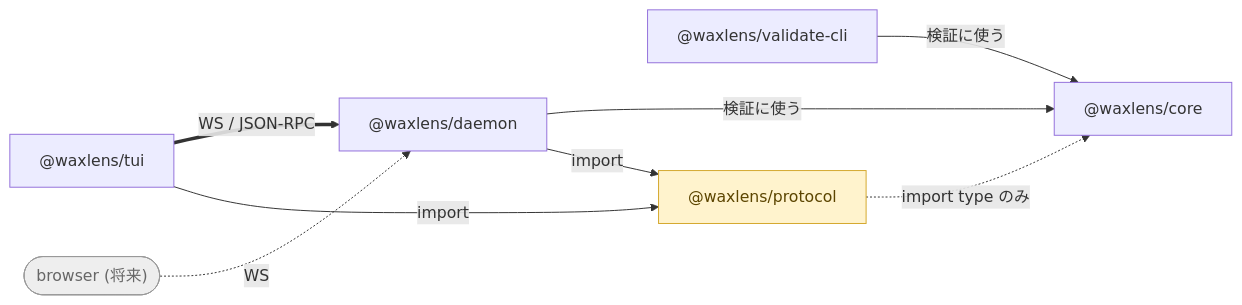
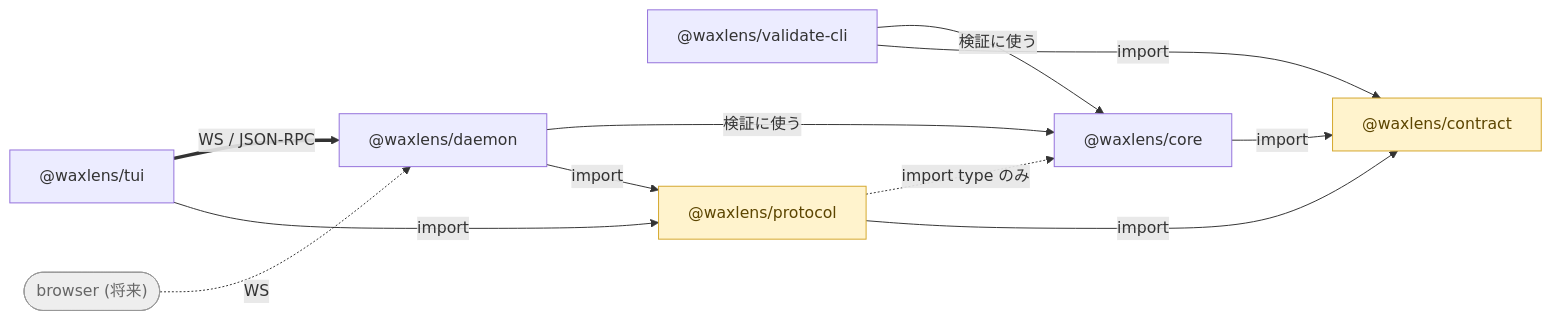
One commit to uraitakahito/waxlens changed the diagram in docs-site/src/content/docs/ja/architecture.md. Above: the diagram before and after it, drawn with Mermaid. The commit also changed 1 other file, not shown here.

Commit message:
fix(docs): ja の mermaid に @waxlens/contract を入れる (#136)
英語版だけノードが入り、日本語版が漏れていた。矢印ラベルが
`|"import type only"|` と `|"import type のみ"|` で違うのに、置換を
英語の文字列で書いたため ja に当たっていなかった。

結果として ja 側は `class shared,protocol shared;` が存在しない
ノード `shared` を参照する状態で publish されていた。

Claude-Session: https://claude.ai/code/session_017Ekt6mAyoTEkxwaKc3tPUQ

````diff
--- a/docs-site/src/content/docs/ja/architecture.md
+++ b/docs-site/src/content/docs/ja/architecture.md
@@ -26,15 +26,18 @@
 ```mermaid
 flowchart LR
     tui["@waxlens/tui"] ==>|"WS / JSON-RPC"| daemon["@waxlens/daemon"]
     browser(["browser (将来)"]) -.->|"WS"| daemon
     cli["@waxlens/validate-cli"] -->|"検証に使う"| core["@waxlens/core"]
     daemon -->|"検証に使う"| core
     tui -->|import| protocol["@waxlens/protocol"]
     daemon -->|import| protocol
     protocol -.->|"import type のみ"| core
+    core -->|import| shared["@waxlens/contract"]
+    protocol -->|import| shared
+    cli -->|import| shared
 
     classDef shared fill:#fff3cd,stroke:#d4a72c,color:#5c4500;
     classDef future fill:#eeeeee,stroke:#999999,color:#666666;
     class shared,protocol shared;
     class browser future;
 ```
````
